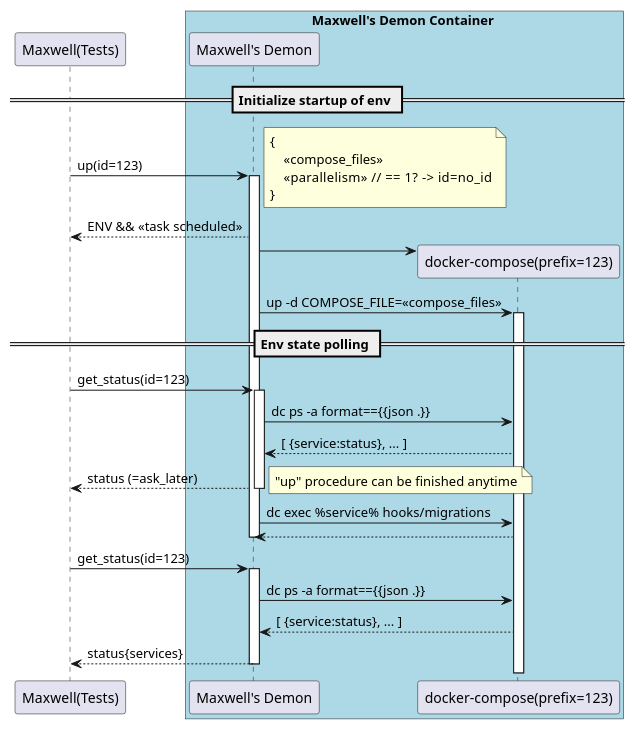
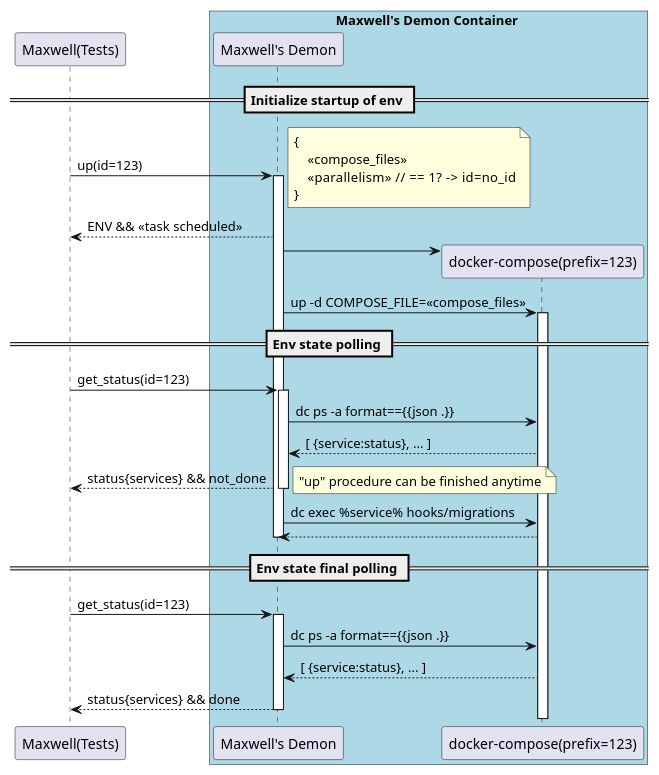
The diagram in ARCH.puml (ko10ok/maxwelld), drawn with PlantUML before and after one commit.

Commit message:
add section

```diff
--- a/ARCH.puml
+++ b/ARCH.puml
@@ -1,54 +1,55 @@
 @startuml
 participant "Maxwell(Tests)"
 
 
 box Maxwell's Demon Container #lightblue
 participant "Maxwell's Demon"
 
 
 == Initialize startup of env ==
 
 "Maxwell(Tests)" -> "Maxwell's Demon" : up(id=123)
 note right
 {
     << compose_files >>
     << parallelism >> //  == 1?  ->  id=no_id
 }
 end note
 activate "Maxwell's Demon"
 "Maxwell(Tests)" <-- "Maxwell's Demon" : ENV && << task scheduled >>
 
 "Maxwell's Demon" -> "docker-compose(prefix=123)" ** :
 "Maxwell's Demon" -> "docker-compose(prefix=123)": up -d COMPOSE_FILE=<< compose_files >>
 activate "docker-compose(prefix=123)"
 
 
 == Env state polling ==
 
 "Maxwell(Tests)" -> "Maxwell's Demon" : get_status(id=123)
 activate "Maxwell's Demon"
 
 "Maxwell's Demon" -> "docker-compose(prefix=123)" : dc ps -a format=={{json .}}
 "Maxwell's Demon" <-- "docker-compose(prefix=123)" : [ {service:status}, ... ]
 
-return status (=ask_later)
+return status{services} && not_done
 
 note right
 "up" procedure can be finished anytime
 end note
 
 
 "Maxwell's Demon" -> "docker-compose(prefix=123)": dc exec %service% hooks/migrations
 
 "Maxwell's Demon" <-- "docker-compose(prefix=123)"
 deactivate "Maxwell's Demon"
 
+== Env state final polling ==
 
 "Maxwell(Tests)" -> "Maxwell's Demon" : get_status(id=123)
 activate "Maxwell's Demon"
 
 "Maxwell's Demon" -> "docker-compose(prefix=123)" : dc ps -a format=={{json .}}
 "Maxwell's Demon" <-- "docker-compose(prefix=123)" : [ {service:status}, ... ]
 
-return status{services}
+return status{services} && done
 @enduml
```
